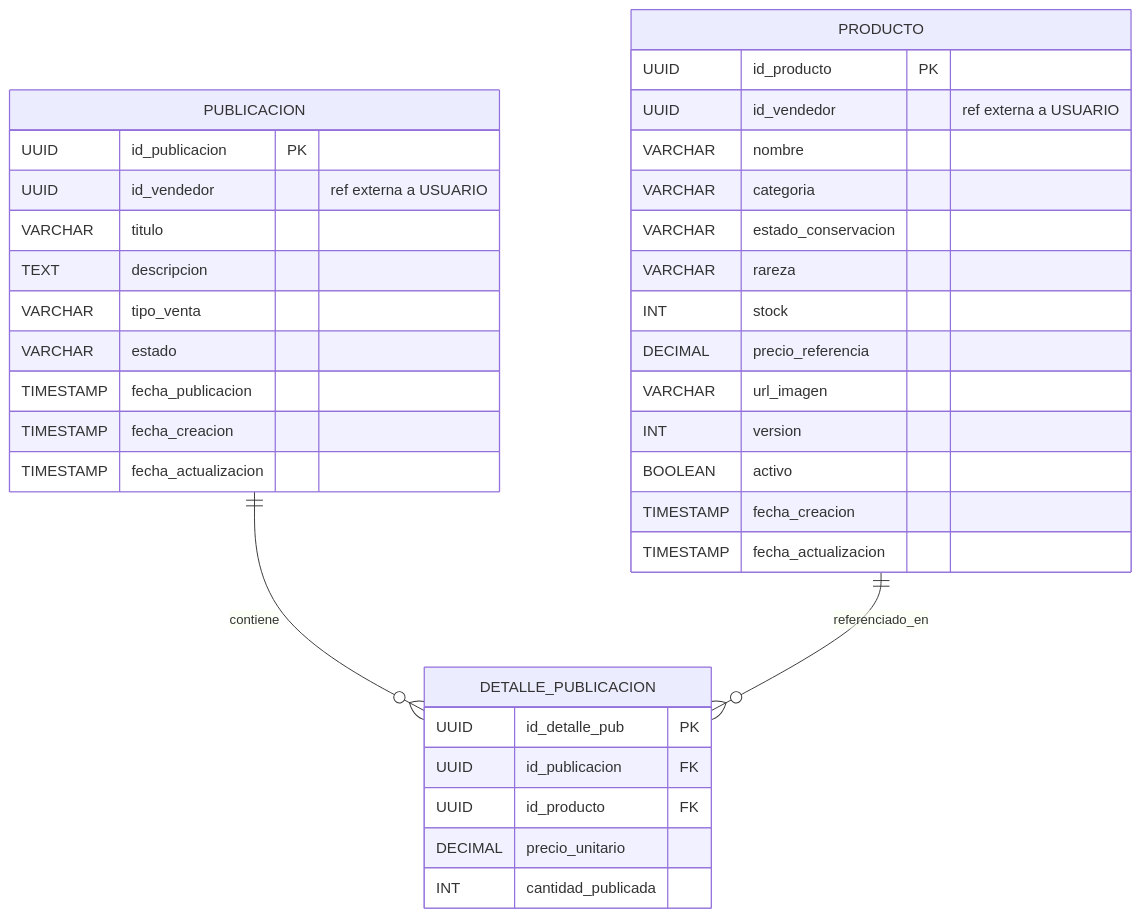
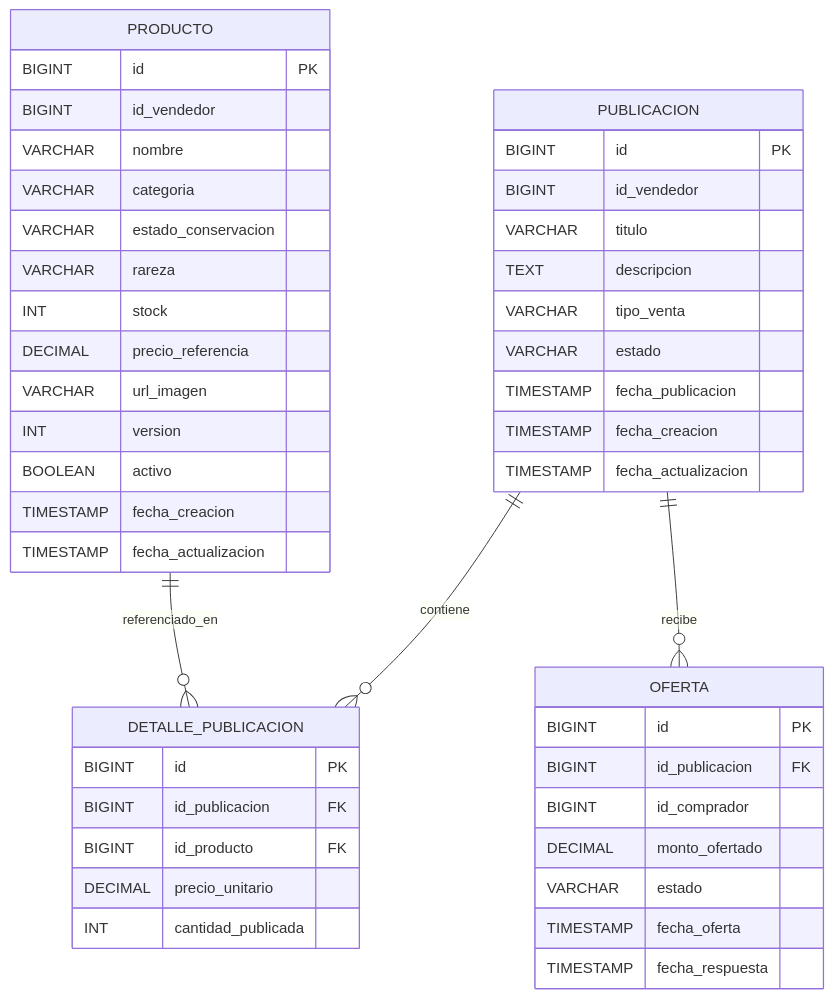
One commit to LaVitrinaColeccionistas/app-lavitrinacoleccionistas-common changed the second of 4 diagrams in README.md. Above: the diagram before and after it, drawn with Mermaid. The commit also changed other lines of this file and 22 other files, not shown here.

````diff
--- a/README.md
+++ b/README.md
@@ -44,38 +60,52 @@
-```mermaid
+``` mermaid
 erDiagram
     PRODUCTO {
-        UUID id_producto PK
-        UUID id_vendedor "ref externa a USUARIO"
+        BIGINT id PK
+        BIGINT id_vendedor
         VARCHAR nombre
         VARCHAR categoria
         VARCHAR estado_conservacion
         VARCHAR rareza
         INT stock
         DECIMAL precio_referencia
         VARCHAR url_imagen
         INT version
         BOOLEAN activo
         TIMESTAMP fecha_creacion
         TIMESTAMP fecha_actualizacion
     }
+
     PUBLICACION {
-        UUID id_publicacion PK
-        UUID id_vendedor "ref externa a USUARIO"
+        BIGINT id PK
+        BIGINT id_vendedor
         VARCHAR titulo
         TEXT descripcion
         VARCHAR tipo_venta
         VARCHAR estado
         TIMESTAMP fecha_publicacion
         TIMESTAMP fecha_creacion
         TIMESTAMP fecha_actualizacion
     }
+
     DETALLE_PUBLICACION {
-        UUID id_detalle_pub PK
-        UUID id_publicacion FK
-        UUID id_producto FK
+        BIGINT id PK
+        BIGINT id_publicacion FK
+        BIGINT id_producto FK
         DECIMAL precio_unitario
         INT cantidad_publicada
     }
+
+    OFERTA {
+        BIGINT id PK
+        BIGINT id_publicacion FK
+        BIGINT id_comprador
+        DECIMAL monto_ofertado
+        VARCHAR estado
+        TIMESTAMP fecha_oferta
+        TIMESTAMP fecha_respuesta
+    }
+
     PUBLICACION ||--o{ DETALLE_PUBLICACION : contiene
     PRODUCTO ||--o{ DETALLE_PUBLICACION : referenciado_en
+    PUBLICACION ||--o{ OFERTA : recibe
 ```
````
